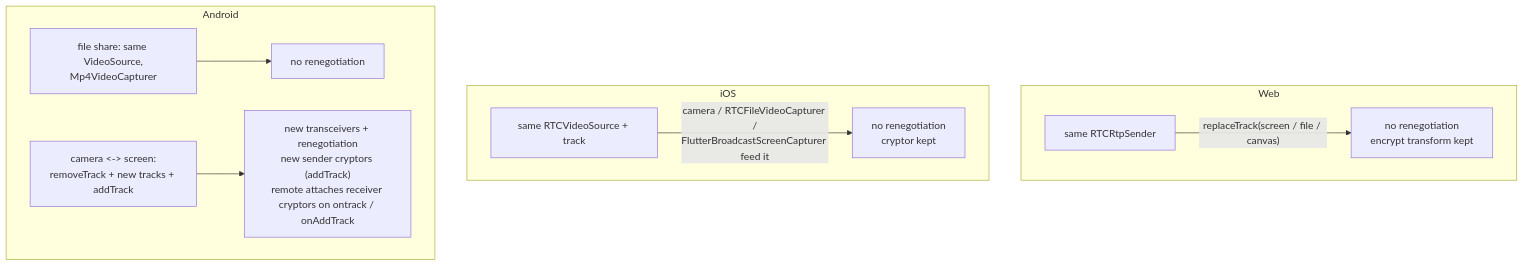
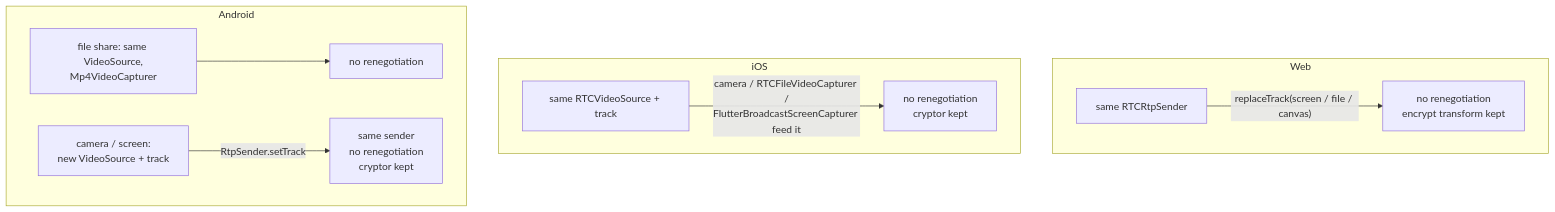
Before and after one commit to maitrungduc1410/WebRTC-Demo: diagram 11 of 18 in ARCHITECTURE.md, drawn with Mermaid. The commit also changed other lines of this file and 127 other files, not shown here.

````diff
--- a/ARCHITECTURE.md
+++ b/ARCHITECTURE.md
@@ -388,13 +535,13 @@
 ```mermaid
 flowchart TB
     subgraph Web
         W1["same RTCRtpSender"] -- "replaceTrack(screen / file / canvas)" --> W2["no renegotiation<br/>encrypt transform kept"]
     end
     subgraph iOS
         I1["same RTCVideoSource + track"] -- "camera / RTCFileVideoCapturer /<br/>FlutterBroadcastScreenCapturer feed it" --> I2["no renegotiation<br/>cryptor kept"]
     end
     subgraph Android
         A1["file share: same VideoSource,<br/>Mp4VideoCapturer"] --> A2["no renegotiation"]
-        A3["camera <-> screen:<br/>removeTrack + new tracks + addTrack"] --> A4["new transceivers + renegotiation<br/>new sender cryptors (addTrack)<br/>remote attaches receiver cryptors on ontrack / onAddTrack"]
+        A3["camera / screen:<br/>new VideoSource + track"] -- "RtpSender.setTrack" --> A4["same sender<br/>no renegotiation<br/>cryptor kept"]
     end
 ```
````
